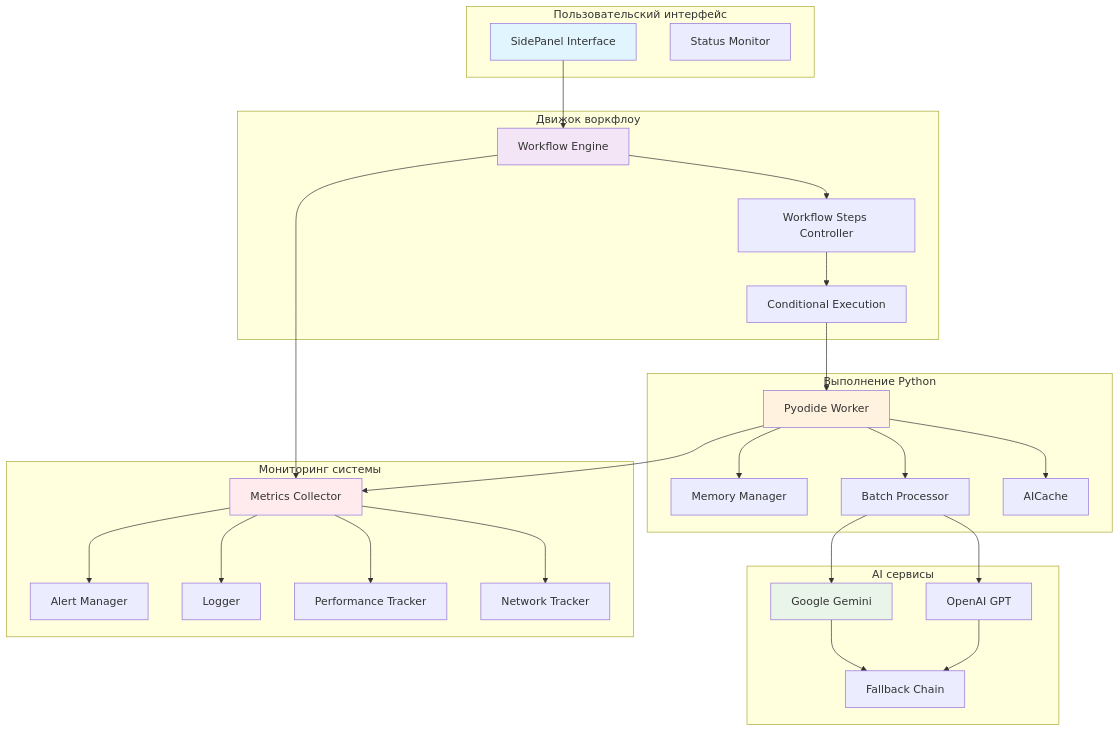
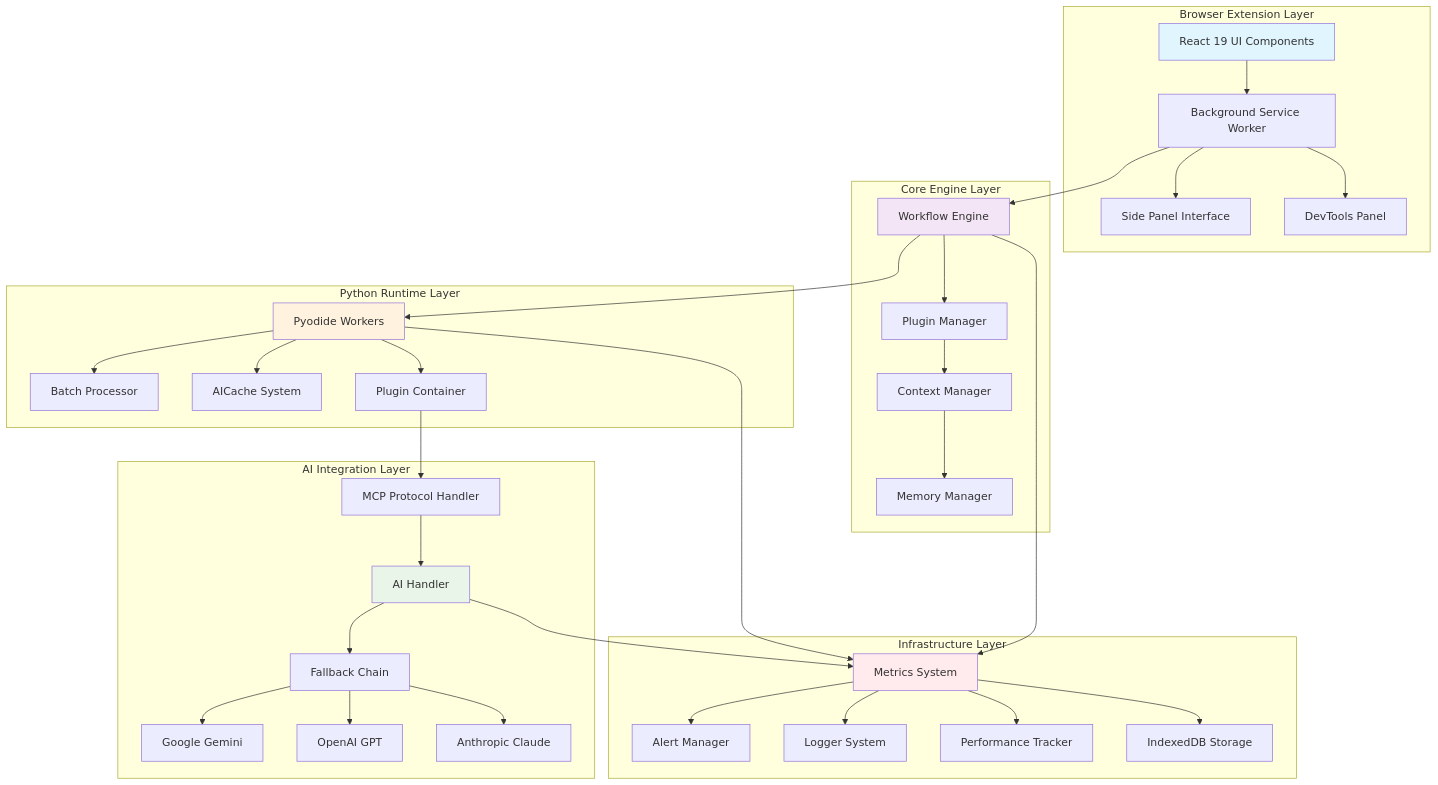
The first of 4 diagrams in docs/architecture.md (LebedevIV/agent-plugins-platform-boilerplate), drawn with Mermaid before and after one commit. The commit also changed other lines of this file and 10 other files, not shown here.

````diff
--- a/docs/architecture.md
+++ b/docs/architecture.md
@@ -9,58 +16,71 @@
 ```mermaid
 graph TB
-    subgraph "Пользовательский интерфейс"
-        UI[SidePanel Interface]
-        SM[Status Monitor]
+    subgraph "Browser Extension Layer"
+        UI[React 19 UI Components]
+        BG[Background Service Worker]
+        SP[Side Panel Interface]
+        DT[DevTools Panel]
     end
 
-    subgraph "Движок воркфлоу"
+    subgraph "Core Engine Layer"
         WE[Workflow Engine]
-        WS[Workflow Steps Controller]
-        CE[Conditional Execution]
+        PM[Plugin Manager]
+        CM[Context Manager]
+        MM[Memory Manager]
     end
 
-    subgraph "Выполнение Python"
-        PW[Pyodide Worker]
-        MM[Memory Manager]
+    subgraph "Python Runtime Layer"
+        PW[Pyodide Workers]
         BP[Batch Processor]
-        AC[AICache]
+        AC[AICache System]
+        PC[Plugin Container]
     end
 
-    subgraph "AI сервисы"
+    subgraph "AI Integration Layer"
+        MCP[MCP Protocol Handler]
+        AIH[AI Handler]
+        FC[Fallback Chain]
         GP[Google Gemini]
         OP[OpenAI GPT]
-        FC[Fallback Chain]
+        AN[Anthropic Claude]
     end
 
-    subgraph "Мониторинг системы"
-        MC[Metrics Collector]
+    subgraph "Infrastructure Layer"
+        MS[Metrics System]
         AM[Alert Manager]
-        LT[Logger]
+        LT[Logger System]
         PT[Performance Tracker]
-        NE[Network Tracker]
+        DB[IndexedDB Storage]
     end
 
-    UI --> WE
-    WE --> WS
-    WS --> CE
-    CE --> PW
-    PW --> MM
+    UI --> BG
+    BG --> SP
+    BG --> DT
+    BG --> WE
+    WE --> PM
+    PM --> CM
+    CM --> MM
+    WE --> PW
     PW --> BP
     PW --> AC
-    BP --> GP
-    BP --> OP
-    GP --> FC
-    OP --> FC
-    WE --> MC
-    PW --> MC
-    MC --> AM
-    MC --> LT
-    MC --> PT
-    MC --> NE
+    PW --> PC
+    PC --> MCP
+    MCP --> AIH
+    AIH --> FC
+    FC --> GP
+    FC --> OP
+    FC --> AN
+    WE --> MS
+    PW --> MS
+    AIH --> MS
+    MS --> AM
+    MS --> LT
+    MS --> PT
+    MS --> DB
 
     style UI fill:#e1f5fe
     style WE fill:#f3e5f5
     style PW fill:#fff3e0
-    style GP fill:#e8f5e8
-    style MC fill:#ffebee
+    style AIH fill:#e8f5e8
+    style MS fill:#ffebee
 ```
````
